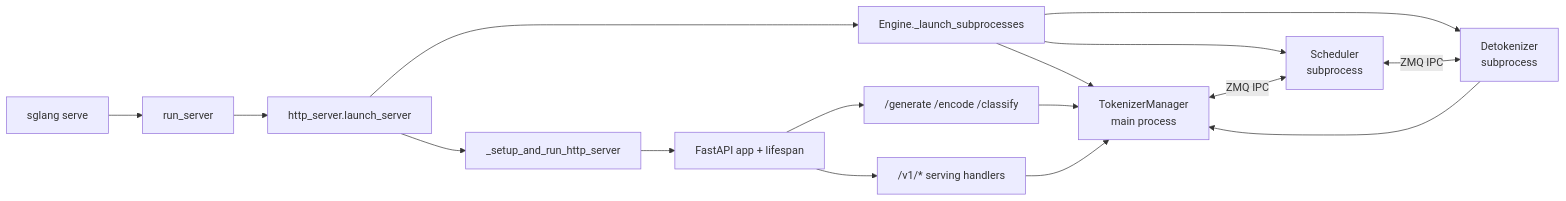
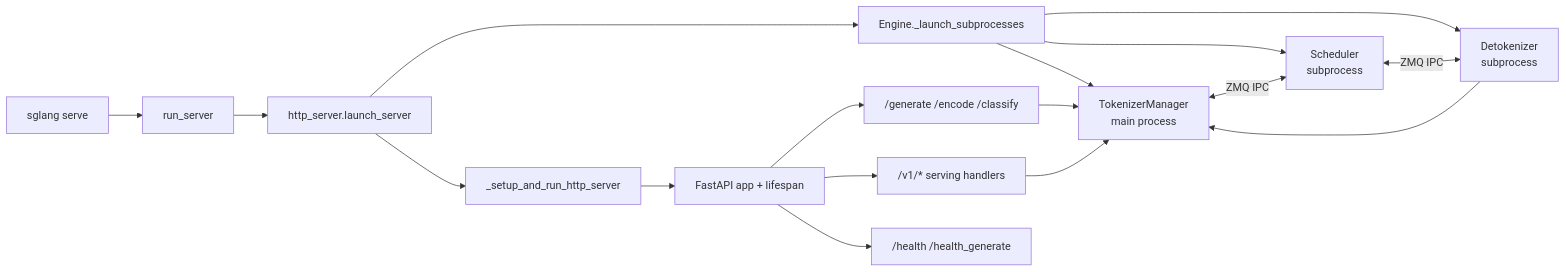
One commit to OnlyHero5/sglang-reading-vault changed the diagram in sglang_reading/启动与入口/HTTP-Server/SGLang-HTTP-Server.md. Above: the diagram before and after it, drawn with Mermaid. The commit also changed other lines of this file and 512 other files, not shown here.

````diff
--- a/sglang_reading/启动与入口/HTTP-Server/SGLang-HTTP-Server.md
+++ b/sglang_reading/启动与入口/HTTP-Server/SGLang-HTTP-Server.md
@@ -30,18 +30,19 @@
 ```mermaid
 flowchart LR
  CLI["sglang serve"] --> RUN["run_server"]
  RUN --> LS["http_server.launch_server"]
  LS --> ENG["Engine._launch_subprocesses"]
  ENG --> TM["TokenizerManager<br/>main process"]
  ENG --> SCH["Scheduler<br/>subprocess"]
  ENG --> DET["Detokenizer<br/>subprocess"]
  LS --> SETUP["_setup_and_run_http_server"]
  SETUP --> APP["FastAPI app + lifespan"]
  APP --> NATIVE["/generate /encode /classify"]
  APP --> OAI["/v1/* serving handlers"]
+ APP --> HEALTH["/health /health_generate"]
  NATIVE --> TM
  OAI --> TM
  TM <-->|ZMQ IPC| SCH
  SCH <-->|ZMQ IPC| DET
  DET --> TM
 ```
````
